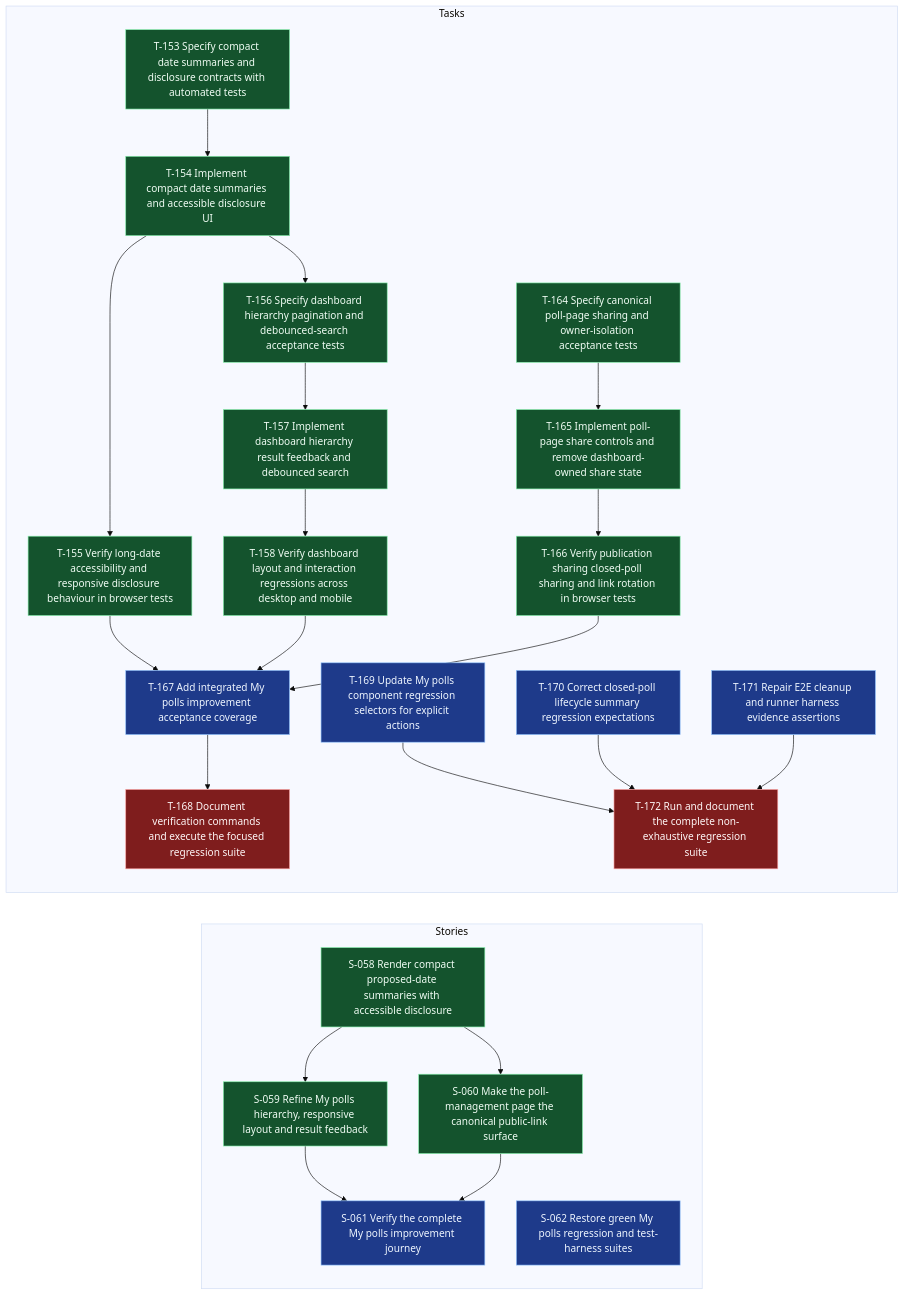
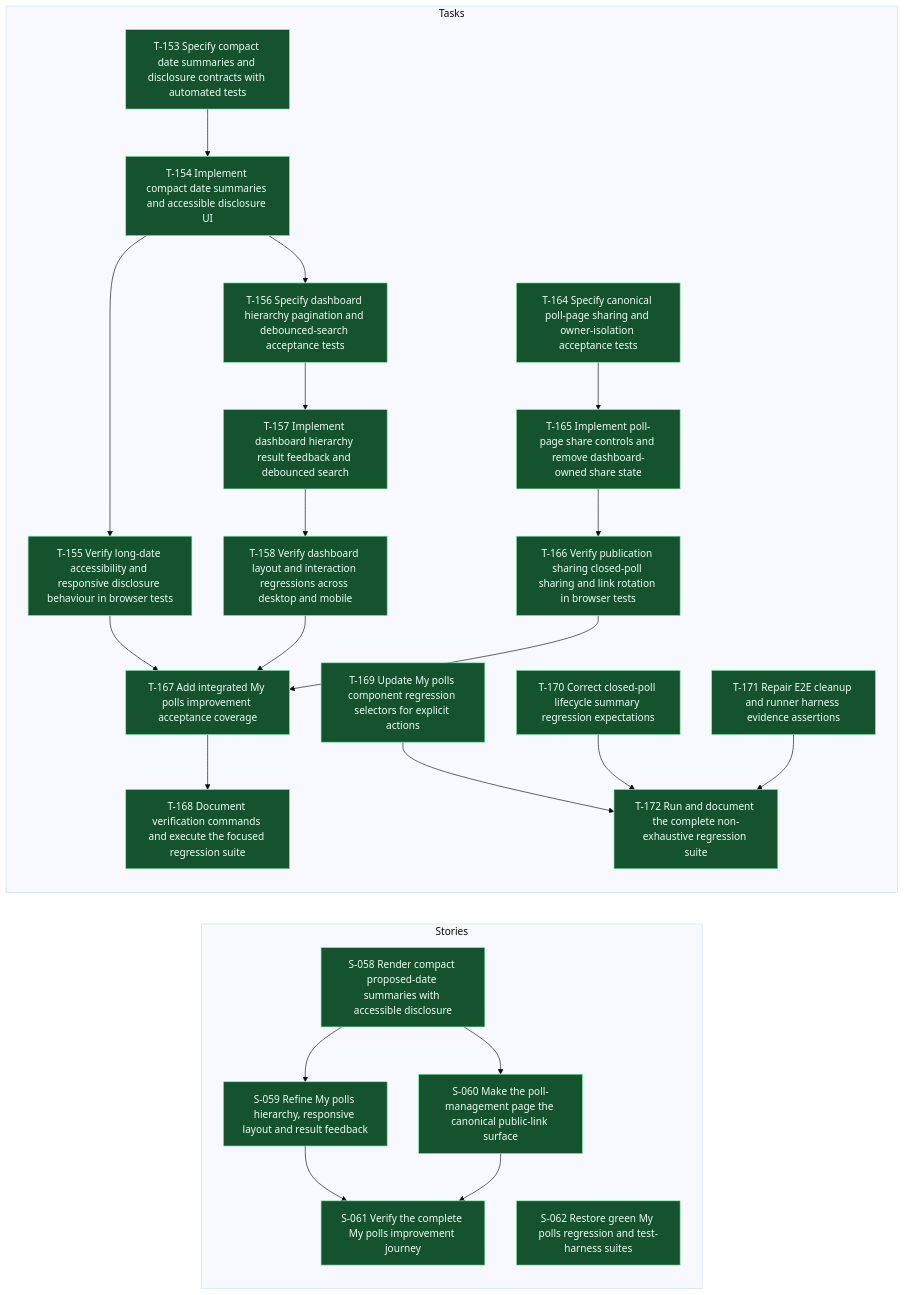
One commit to andybalham/invite-agent changed the diagram in .worktracker/graphs/E-016.mmd. Above: the diagram before and after it, drawn with Mermaid (base theme). The commit also changed 30 other files, not shown here.

First line of the commit message:
feat: Enhance E2E testing framework and improve poll lifecycle management

```diff
--- a/.worktracker/graphs/E-016.mmd
+++ b/.worktracker/graphs/E-016.mmd
@@ -1,68 +1,68 @@
 graph LR
   classDef done fill:#14532d,stroke:#86efac,color:#f0fdf4;
   classDef blocked fill:#7f1d1d,stroke:#fca5a5,color:#fff7f7;
   classDef inprogress fill:#78350f,stroke:#fbbf24,color:#fffbeb;
   classDef todo fill:#1e3a8a,stroke:#93c5fd,color:#eff6ff;
   classDef empty fill:#374151,stroke:#d1d5db,color:#f9fafb,stroke-dasharray: 3 3;
   subgraph Stories
     S058["S-058 Render compact proposed-date summaries with accessible disclosure"]:::done
     S059["S-059 Refine My polls hierarchy, responsive layout and result feedback"]:::done
     S060["S-060 Make the poll-management page the canonical public-link surface"]:::done
-    S061["S-061 Verify the complete My polls improvement journey"]:::todo
-    S062["S-062 Restore green My polls regression and test-harness suites"]:::todo
+    S061["S-061 Verify the complete My polls improvement journey"]:::done
+    S062["S-062 Restore green My polls regression and test-harness suites"]:::done
     S058 --> S059
     S058 --> S060
     S059 --> S061
     S060 --> S061
   end
   subgraph Tasks
     T153["T-153 Specify compact date summaries and disclosure contracts with automated tests"]:::done
     T154["T-154 Implement compact date summaries and accessible disclosure UI"]:::done
     T155["T-155 Verify long-date accessibility and responsive disclosure behaviour in browser tests"]:::done
     T156["T-156 Specify dashboard hierarchy pagination and debounced-search acceptance tests"]:::done
     T157["T-157 Implement dashboard hierarchy result feedback and debounced search"]:::done
     T158["T-158 Verify dashboard layout and interaction regressions across desktop and mobile"]:::done
     T164["T-164 Specify canonical poll-page sharing and owner-isolation acceptance tests"]:::done
     T165["T-165 Implement poll-page share controls and remove dashboard-owned share state"]:::done
     T166["T-166 Verify publication sharing closed-poll sharing and link rotation in browser tests"]:::done
-    T167["T-167 Add integrated My polls improvement acceptance coverage"]:::todo
-    T168["T-168 Document verification commands and execute the focused regression suite"]:::blocked
-    T169["T-169 Update My polls component regression selectors for explicit actions"]:::todo
-    T170["T-170 Correct closed-poll lifecycle summary regression expectations"]:::todo
-    T171["T-171 Repair E2E cleanup and runner harness evidence assertions"]:::todo
-    T172["T-172 Run and document the complete non-exhaustive regression suite"]:::blocked
+    T167["T-167 Add integrated My polls improvement acceptance coverage"]:::done
+    T168["T-168 Document verification commands and execute the focused regression suite"]:::done
+    T169["T-169 Update My polls component regression selectors for explicit actions"]:::done
+    T170["T-170 Correct closed-poll lifecycle summary regression expectations"]:::done
+    T171["T-171 Repair E2E cleanup and runner harness evidence assertions"]:::done
+    T172["T-172 Run and document the complete non-exhaustive regression suite"]:::done
     T153 --> T154
     T154 --> T155
     T154 --> T156
     T155 --> T167
     T156 --> T157
     T157 --> T158
     T158 --> T167
     T164 --> T165
     T165 --> T166
     T166 --> T167
     T167 --> T168
     T169 --> T172
     T170 --> T172
     T171 --> T172
   end
   click S058 "../entities/S-058-render-compact-proposed-date-summaries-with-accessible-disclosure.md"
   click S059 "../entities/S-059-refine-my-polls-hierarchy-responsive-layout-and-result-feedback.md"
   click S060 "../entities/S-060-make-the-poll-management-page-the-canonical-public-link-surface.md"
   click S061 "../entities/S-061-verify-the-complete-my-polls-improvement-journey.md"
   click S062 "../entities/S-062-restore-green-my-polls-regression-and-test-harness-suites.md"
   click T153 "../entities/T-153-specify-compact-date-summaries-and-disclosure-contracts-with-automated-tests.md"
   click T154 "../entities/T-154-implement-compact-date-summaries-and-accessible-disclosure-ui.md"
   click T155 "../entities/T-155-verify-long-date-accessibility-and-responsive-disclosure-behaviour-in-browser-tests.md"
   click T156 "../entities/T-156-specify-dashboard-hierarchy-pagination-and-debounced-search-acceptance-tests.md"
   click T157 "../entities/T-157-implement-dashboard-hierarchy-result-feedback-and-debounced-search.md"
   click T158 "../entities/T-158-verify-dashboard-layout-and-interaction-regressions-across-desktop-and-mobile.md"
   click T164 "../entities/T-164-specify-canonical-poll-page-sharing-and-owner-isolation-acceptance-tests.md"
   click T165 "../entities/T-165-implement-poll-page-share-controls-and-remove-dashboard-owned-share-state.md"
   click T166 "../entities/T-166-verify-publication-sharing-closed-poll-sharing-and-link-rotation-in-browser-tests.md"
   click T167 "../entities/T-167-add-integrated-my-polls-improvement-acceptance-coverage.md"
   click T168 "../entities/T-168-document-verification-commands-and-execute-the-focused-regression-suite.md"
   click T169 "../entities/T-169-update-my-polls-component-regression-selectors-for-explicit-actions.md"
   click T170 "../entities/T-170-correct-closed-poll-lifecycle-summary-regression-expectations.md"
   click T171 "../entities/T-171-repair-e2e-cleanup-and-runner-harness-evidence-assertions.md"
   click T172 "../entities/T-172-run-and-document-the-complete-non-exhaustive-regression-suite.md"
```
